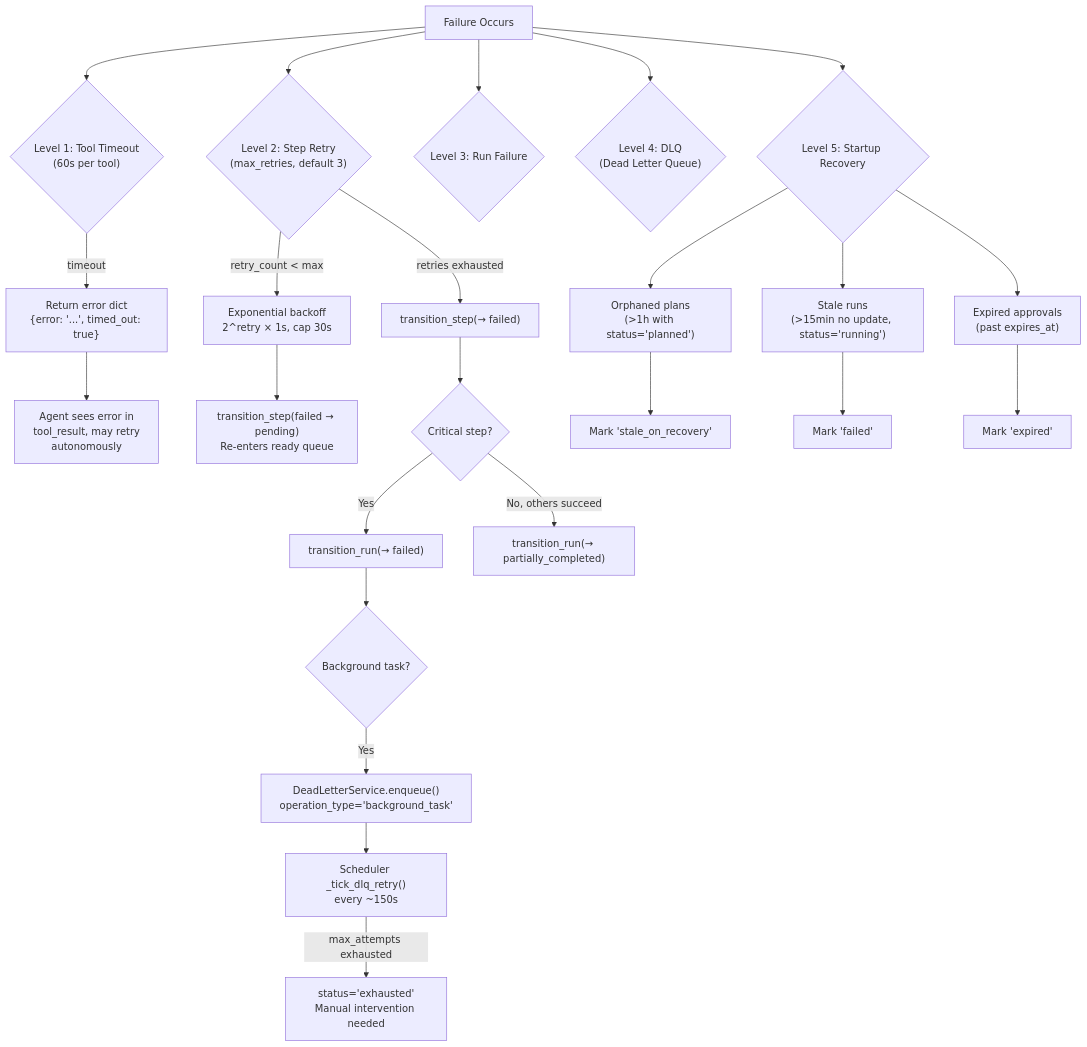
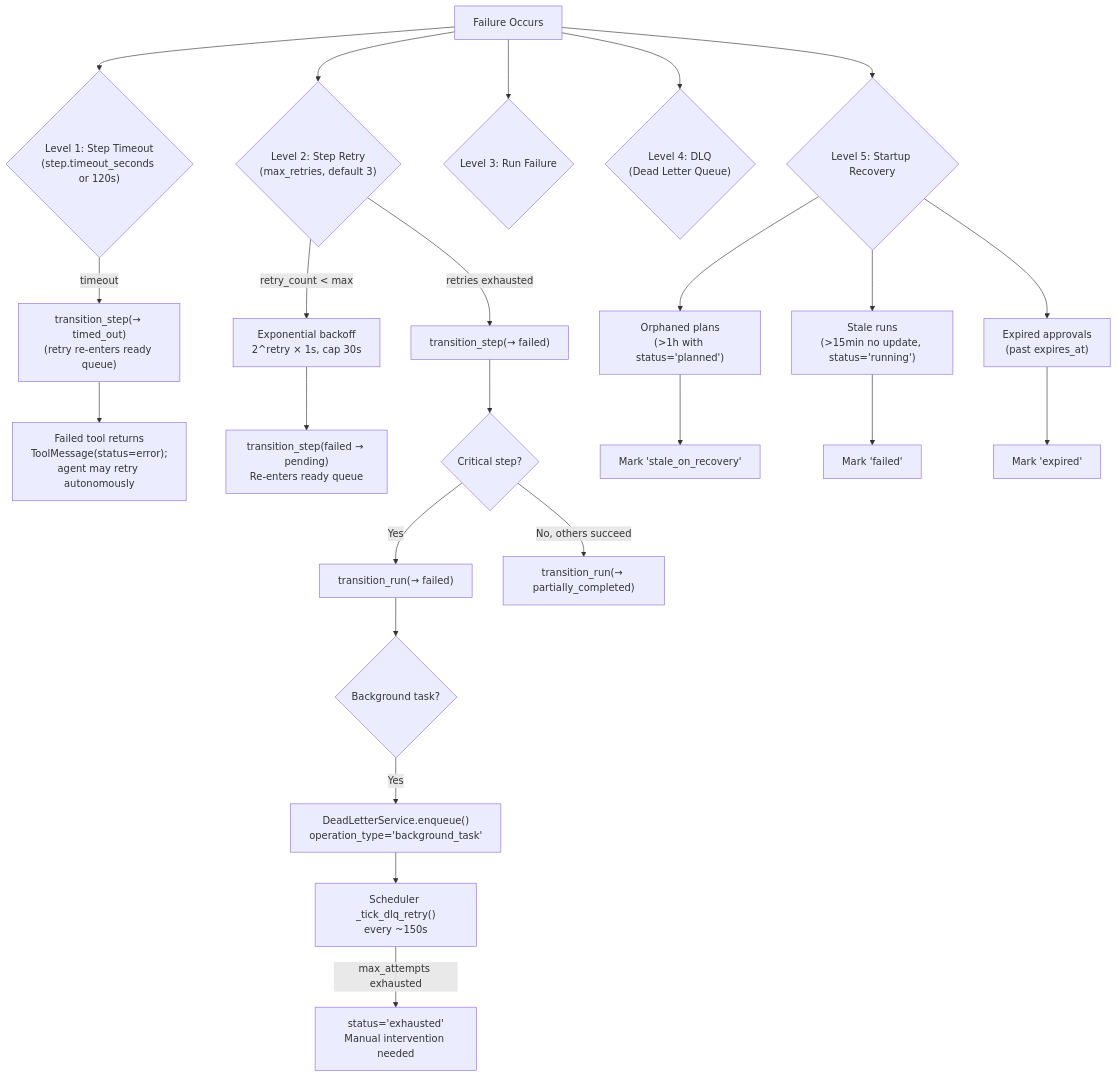
Diagram 15 of 17 in docs/architecture/plan-execution-deep-dive.md (shivadharmi/muldro), drawn with Mermaid before and after one commit. The commit also changed other lines of this file and 14 other files, not shown here.

First line of the commit message:
docs: sync durable architecture docs with post-rebuild code

````diff
--- a/docs/architecture/plan-execution-deep-dive.md
+++ b/docs/architecture/plan-execution-deep-dive.md
@@ -866,32 +840,32 @@
 ```mermaid
 flowchart TD
     FAILURE[Failure Occurs]
 
-    FAILURE --> LEVEL1{"Level 1: Tool Timeout<br/>(60s per tool)"}
-    LEVEL1 -->|"timeout"| TOOL_ERROR["Return error dict<br/>{error: '...', timed_out: true}"]
-    TOOL_ERROR --> AGENT_SEES["Agent sees error in<br/>tool_result, may retry<br/>autonomously"]
+    FAILURE --> LEVEL1{"Level 1: Step Timeout<br/>(step.timeout_seconds or 120s)"}
+    LEVEL1 -->|"timeout"| TOOL_ERROR["transition_step(→ timed_out)<br/>(retry re-enters ready queue)"]
+    TOOL_ERROR --> AGENT_SEES["Failed tool returns<br/>ToolMessage(status=error);<br/>agent may retry autonomously"]
 
     FAILURE --> LEVEL2{"Level 2: Step Retry<br/>(max_retries, default 3)"}
     LEVEL2 -->|"retry_count < max"| BACKOFF["Exponential backoff<br/>2^retry × 1s, cap 30s"]
     BACKOFF --> RETRY_STEP["transition_step(failed → pending)<br/>Re-enters ready queue"]
     LEVEL2 -->|"retries exhausted"| STEP_FAIL["transition_step(→ failed)"]
 
     FAILURE --> LEVEL3{"Level 3: Run Failure"}
     STEP_FAIL --> RUN_DECISION{"Critical step?"}
     RUN_DECISION -->|"Yes"| RUN_FAIL["transition_run(→ failed)"]
     RUN_DECISION -->|"No, others succeed"| PARTIAL["transition_run(→ partially_completed)"]
 
     FAILURE --> LEVEL4{"Level 4: DLQ<br/>(Dead Letter Queue)"}
     RUN_FAIL --> DLQ_CHECK{"Background task?"}
     DLQ_CHECK -->|"Yes"| DLQ_ENQUEUE["DeadLetterService.enqueue()<br/>operation_type='background_task'"]
     DLQ_ENQUEUE --> DLQ_RETRY["Scheduler _tick_dlq_retry()<br/>every ~150s"]
     DLQ_RETRY -->|"max_attempts exhausted"| EXHAUSTED["status='exhausted'<br/>Manual intervention needed"]
 
     FAILURE --> LEVEL5{"Level 5: Startup Recovery"}
     LEVEL5 --> ORPHANED["Orphaned plans<br/>(>1h with status='planned')"]
     LEVEL5 --> STALE["Stale runs<br/>(>15min no update, status='running')"]
     LEVEL5 --> EXPIRED["Expired approvals<br/>(past expires_at)"]
     ORPHANED --> MARK1["Mark 'stale_on_recovery'"]
     STALE --> MARK2["Mark 'failed'"]
     EXPIRED --> MARK3["Mark 'expired'"]
 ```
````
